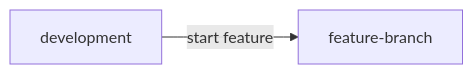
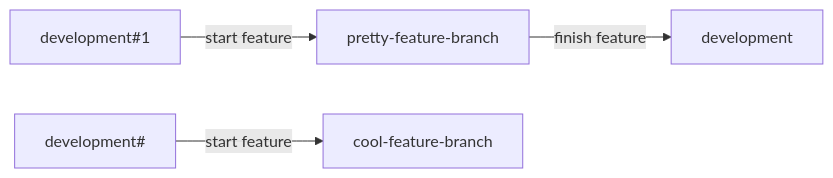
The diagram in testy/plan_zarządzania_jakością_produktu.md (hasparus/software-engineering-class), drawn with Mermaid before and after one commit. The commit also changed other lines of this file, not shown here.

Commit message:
Uploaded by https://stackedit.io/

````diff
--- a/testy/plan_zarządzania_jakością_produktu.md
+++ b/testy/plan_zarządzania_jakością_produktu.md
@@ -19,6 +19,7 @@
 ```mermaid
 graph LR;
-	development--start feature-->feature-branch;
-	
+	development#1--start feature-->pretty-feature-branch;
+	development#--start feature-->cool-feature-branch;
+	pretty-feature-branch--finish feature-->development;
 	
 ```
````
